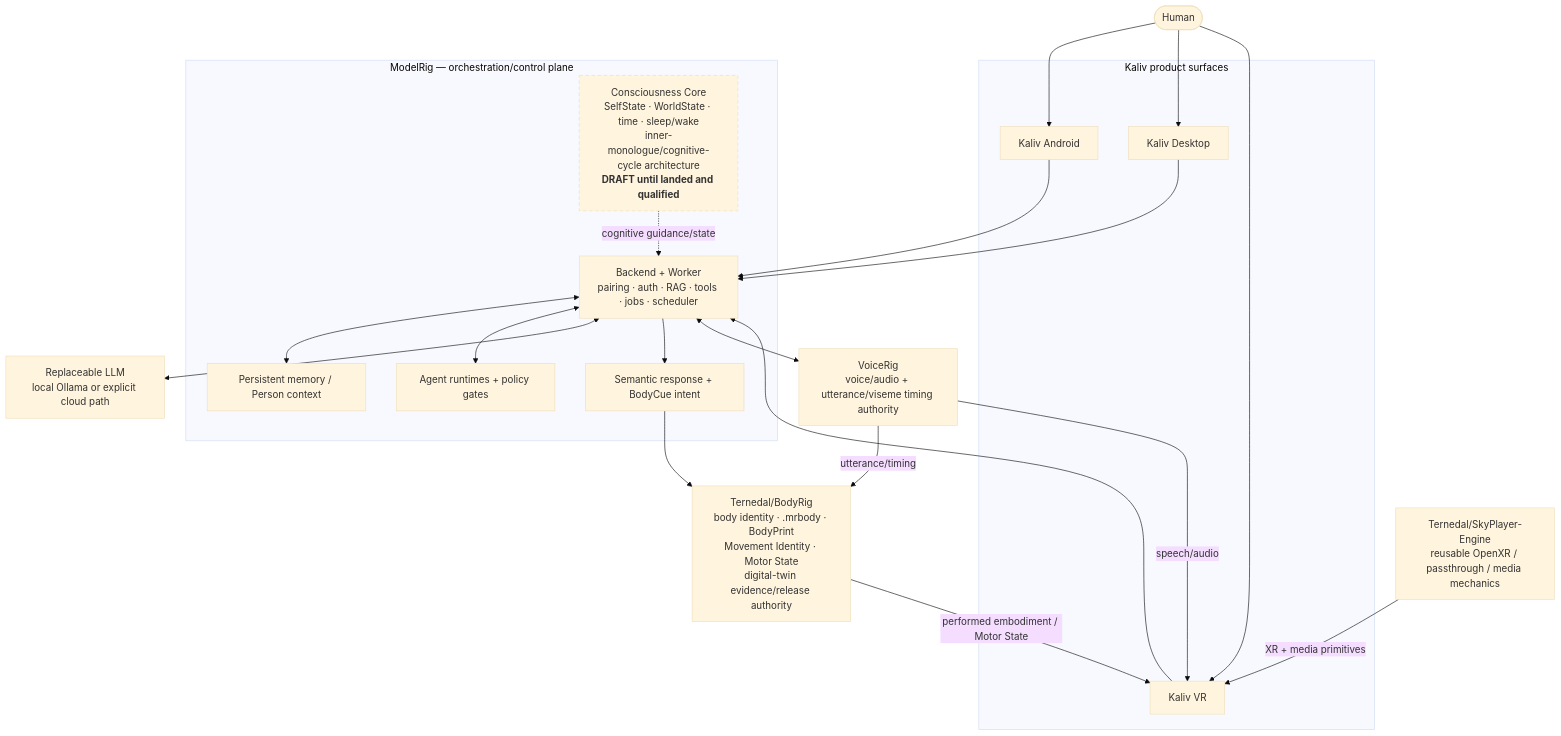
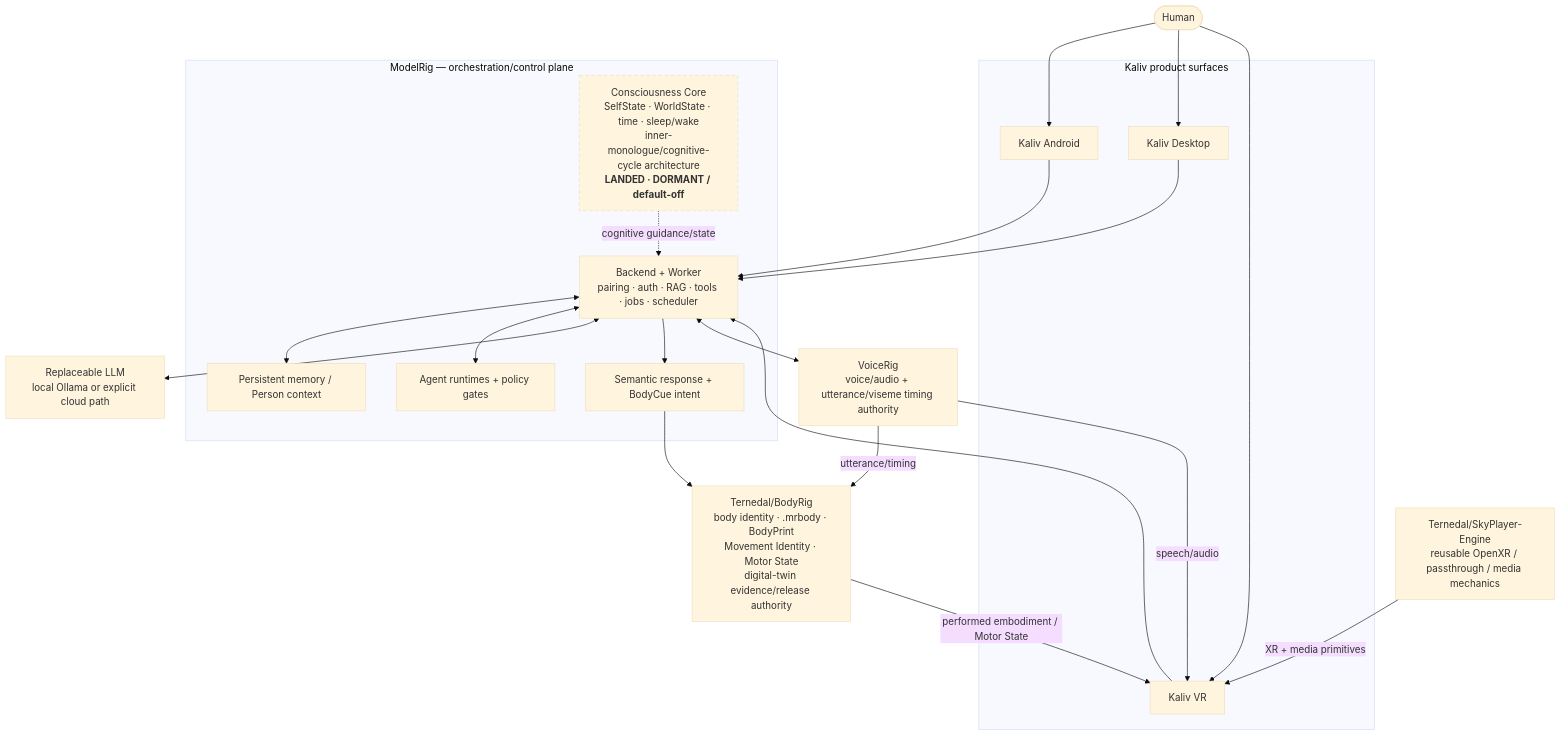
Before and after one commit to Ternedal/ModelRig: the first of 3 diagrams in docs/KALIV_SYSTEM_DEFINITION.md, drawn with Mermaid (base theme). The commit also changed 1 other file, not shown here.

Commit message:
docs: include Consciousness Core in main architecture diagram
Add Consciousness Core to the large current implementation architecture diagram and synchronize its landed, dormant/default-off status across the canonical system documentation.

````diff
--- a/docs/KALIV_SYSTEM_DEFINITION.md
+++ b/docs/KALIV_SYSTEM_DEFINITION.md
@@ -30,48 +30,48 @@
 ```mermaid
 flowchart TB
     Human([Human])
 
     subgraph Clients["Kaliv product surfaces"]
         Android["Kaliv Android"]
         Desktop["Kaliv Desktop"]
         KVR["Kaliv VR"]
     end
 
     subgraph MR["ModelRig — orchestration/control plane"]
         API["Backend + Worker<br/>pairing · auth · RAG · tools · jobs · scheduler"]
         Memory["Persistent memory / Person context"]
         Agents["Agent runtimes + policy gates"]
         Intent["Semantic response + BodyCue intent"]
-        CC["Consciousness Core<br/>SelfState · WorldState · time · sleep/wake<br/>inner-monologue/cognitive-cycle architecture<br/><b>DRAFT until landed and qualified</b>"]
+        CC["Consciousness Core<br/>SelfState · WorldState · time · sleep/wake<br/>inner-monologue/cognitive-cycle architecture<br/><b>LANDED · DORMANT / default-off</b>"]
     end
 
     LLM["Replaceable LLM<br/>local Ollama or explicit cloud path"]
     Voice["VoiceRig<br/>voice/audio + utterance/viseme timing authority"]
     Body["Ternedal/BodyRig<br/>body identity · .mrbody · BodyPrint<br/>Movement Identity · Motor State<br/>digital-twin evidence/release authority"]
     Sky["Ternedal/SkyPlayer-Engine<br/>reusable OpenXR / passthrough / media mechanics"]
 
     Human --> Android
     Human --> Desktop
     Human --> KVR
 
     Android --> API
     Desktop --> API
     KVR --> API
 
     API <--> Memory
     API <--> Agents
     CC -. "cognitive guidance/state" .-> API
     API <--> LLM
     API --> Intent
 
     API <--> Voice
     Intent --> Body
     Voice -->|"utterance/timing"| Body
 
     Body -->|"performed embodiment / Motor State"| KVR
     Voice -->|"speech/audio"| KVR
     Sky -->|"XR + media primitives"| KVR
 
-    classDef draft stroke-dasharray:6 4;
-    class CC draft;
+    classDef dormant stroke-dasharray:6 4;
+    class CC dormant;
 ```
````
